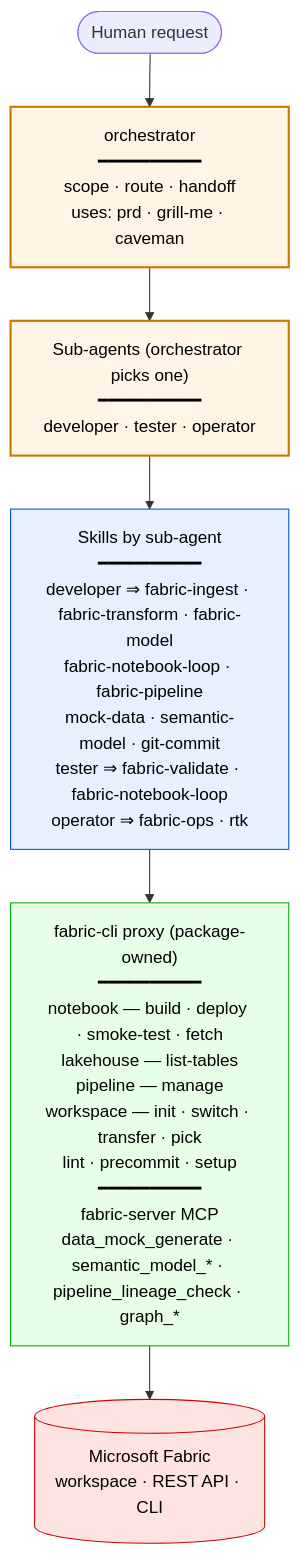
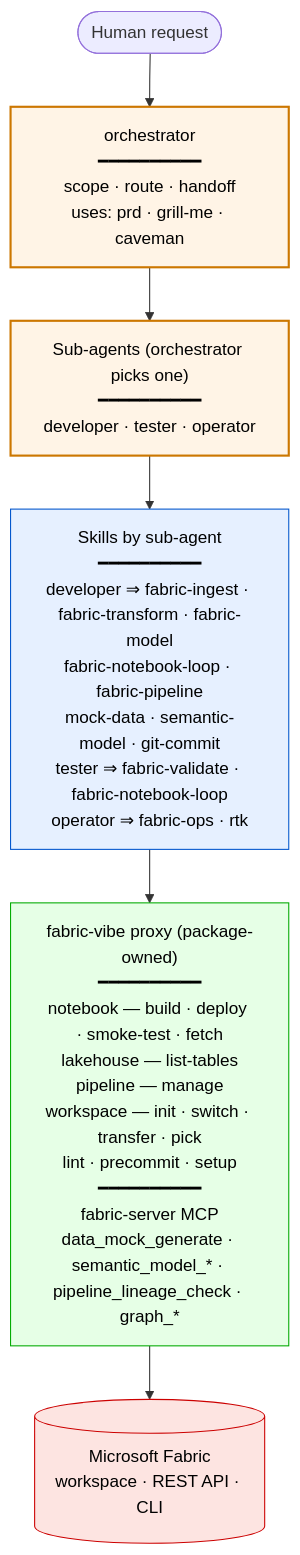
Before and after one commit to scardoso-lu/fabric-skills-settings: the diagram in docs/workflow.md, drawn with Mermaid. The commit also changed other lines of this file and 62 other files, not shown here.

Commit message:
rename cli to fabric-vibecoding

````diff
--- a/docs/workflow.md
+++ b/docs/workflow.md
@@ -5,24 +5,24 @@
 ```mermaid
 flowchart TD
     classDef agent fill:#fff4e6,stroke:#cc7700,stroke-width:2px,color:#000
     classDef skill fill:#e6f0ff,stroke:#0055cc,color:#000
     classDef tool fill:#e6ffe6,stroke:#00aa00,color:#000
     classDef ext fill:#fde4e1,stroke:#cc0000,color:#000
 
     H([Human request])
     H --> ORC
 
     ORC["orchestrator<br/>━━━━━━━━━━<br/>scope · route · handoff<br/>uses: prd · grill-me · caveman"]:::agent
     ORC --> SUBS
 
     SUBS["Sub-agents (orchestrator picks one)<br/>━━━━━━━━━━<br/>developer · tester · operator"]:::agent
     SUBS --> SKILLS
 
     SKILLS["Skills by sub-agent<br/>━━━━━━━━━━<br/>developer ⇒ fabric-ingest · fabric-transform · fabric-model<br/>fabric-notebook-loop · fabric-pipeline<br/>mock-data · semantic-model · git-commit<br/>tester ⇒ fabric-validate · fabric-notebook-loop<br/>operator ⇒ fabric-ops · rtk"]:::skill
     SKILLS --> TOOLS
 
-    TOOLS["fabric-cli proxy (package-owned)<br/>━━━━━━━━━━<br/>notebook — build · deploy · smoke-test · fetch<br/>lakehouse — list-tables<br/>pipeline — manage<br/>workspace — init · switch · transfer · pick<br/>lint · precommit · setup<br/>━━━━━━━━━━<br/>fabric-server MCP<br/>data_mock_generate · semantic_model_* · pipeline_lineage_check · graph_*"]:::tool
+    TOOLS["fabric-vibe proxy (package-owned)<br/>━━━━━━━━━━<br/>notebook — build · deploy · smoke-test · fetch<br/>lakehouse — list-tables<br/>pipeline — manage<br/>workspace — init · switch · transfer · pick<br/>lint · precommit · setup<br/>━━━━━━━━━━<br/>fabric-server MCP<br/>data_mock_generate · semantic_model_* · pipeline_lineage_check · graph_*"]:::tool
     TOOLS --> FAB
 
     FAB[("Microsoft Fabric<br/>workspace · REST API · CLI")]:::ext
 ```
````
